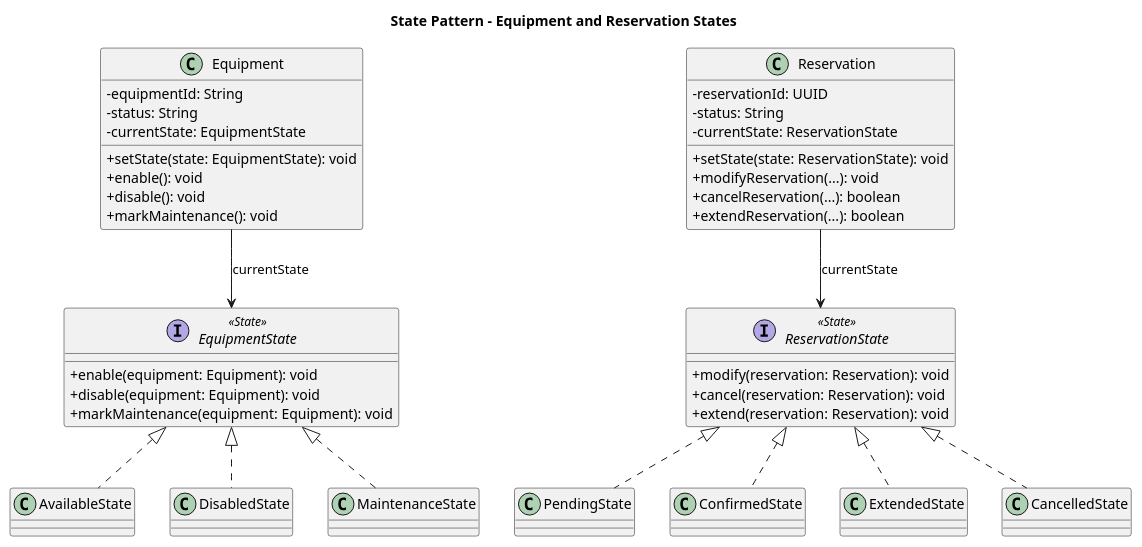
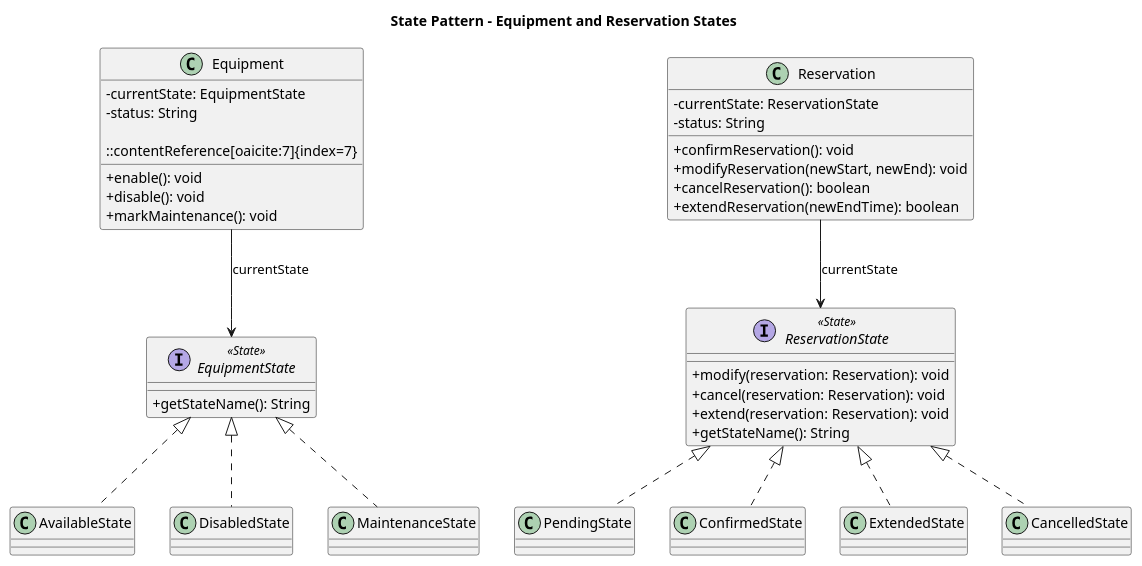
The diagram in diagrams/plantuml/figure7_state.puml (Decpalm/EECS_3311_Reservation_System), drawn with PlantUML before and after one commit.

```diff
--- a/diagrams/plantuml/figure7_state.puml
+++ b/diagrams/plantuml/figure7_state.puml
@@ -1,58 +1,58 @@
 @startuml
 title State Pattern - Equipment and Reservation States
 
 skinparam classAttributeIconSize 0
 skinparam shadowing false
 
 interface EquipmentState <<State>> {
-  + enable(equipment: Equipment): void
-  + disable(equipment: Equipment): void
-  + markMaintenance(equipment: Equipment): void
+  + getStateName(): String
 }
 
 class AvailableState
 class DisabledState
 class MaintenanceState
 
+EquipmentState <|.. AvailableState
+EquipmentState <|.. DisabledState
+EquipmentState <|.. MaintenanceState
+
 class Equipment {
-  - equipmentId: String
+  - currentState: EquipmentState
   - status: String
-  - currentState: EquipmentState
-  + setState(state: EquipmentState): void
+
+::contentReference[oaicite:7]{index=7}
   + enable(): void
   + disable(): void
   + markMaintenance(): void
 }
 
-EquipmentState <|.. AvailableState
-EquipmentState <|.. DisabledState
-EquipmentState <|.. MaintenanceState
 Equipment --> EquipmentState : currentState
 
 interface ReservationState <<State>> {
   + modify(reservation: Reservation): void
   + cancel(reservation: Reservation): void
   + extend(reservation: Reservation): void
+  + getStateName(): String
 }
 
 class PendingState
 class ConfirmedState
 class ExtendedState
 class CancelledState
 
-class Reservation {
-  - reservationId: UUID
-  - status: String
-  - currentState: ReservationState
-  + setState(state: ReservationState): void
-  + modifyReservation(...): void
-  + cancelReservation(...): boolean
-  + extendReservation(...): boolean
-}
-
 ReservationState <|.. PendingState
 ReservationState <|.. ConfirmedState
 ReservationState <|.. ExtendedState
 ReservationState <|.. CancelledState
+
+class Reservation {
+  - currentState: ReservationState
+  - status: String
+  + confirmReservation(): void
+  + modifyReservation(newStart, newEnd): void
+  + cancelReservation(): boolean
+  + extendReservation(newEndTime): boolean
+}
+
 Reservation --> ReservationState : currentState
 @enduml
```
